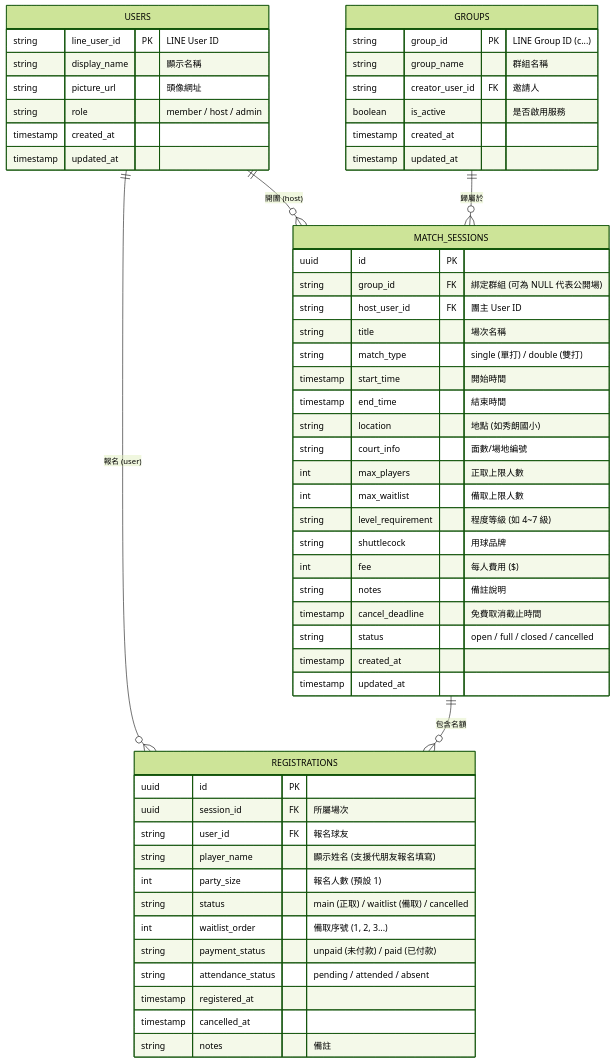
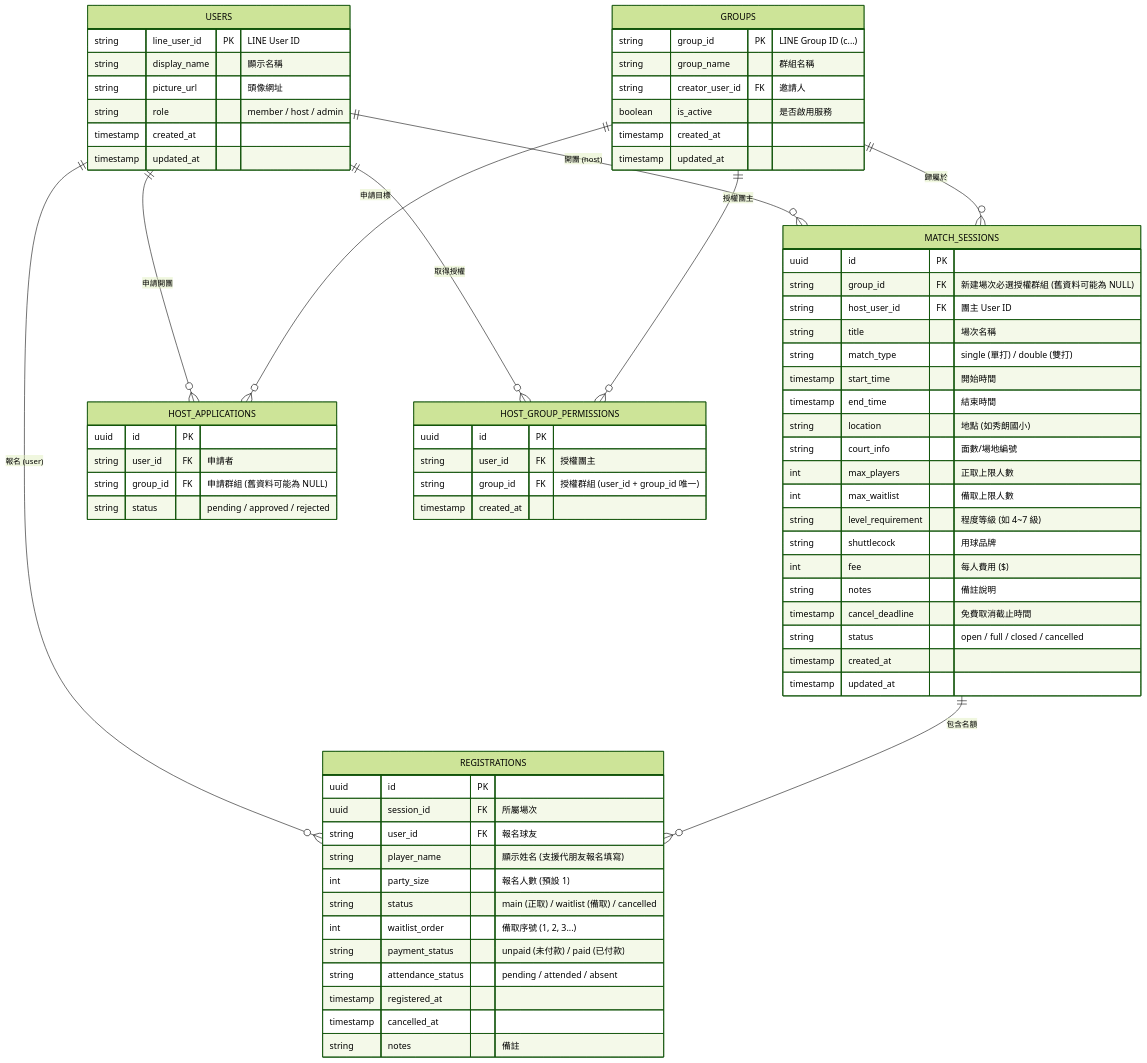
One commit to lulu-lovebird/badminton-line-bot changed the diagram in SYSTEM_DESIGN.md. Above: the diagram before and after it, drawn with Mermaid (forest theme). The commit also changed other lines of this file and 5 other files, not shown here.

Commit message:
docs: clarify group-scoped host applications and session ownership

````diff
--- a/SYSTEM_DESIGN.md
+++ b/SYSTEM_DESIGN.md
@@ -107,62 +101,80 @@
 ```mermaid
 erDiagram
     USERS ||--o{ MATCH_SESSIONS : "開團 (host)"
     GROUPS ||--o{ MATCH_SESSIONS : "歸屬於"
+    USERS ||--o{ HOST_APPLICATIONS : "申請開團"
+    GROUPS ||--o{ HOST_APPLICATIONS : "申請目標"
+    USERS ||--o{ HOST_GROUP_PERMISSIONS : "取得授權"
+    GROUPS ||--o{ HOST_GROUP_PERMISSIONS : "授權團主"
     USERS ||--o{ REGISTRATIONS : "報名 (user)"
     MATCH_SESSIONS ||--o{ REGISTRATIONS : "包含名額"
 
     USERS {
         string line_user_id PK "LINE User ID"
         string display_name "顯示名稱"
         string picture_url "頭像網址"
         string role "member / host / admin"
         timestamp created_at
         timestamp updated_at
     }
 
     GROUPS {
         string group_id PK "LINE Group ID (c...)"
         string group_name "群組名稱"
         string creator_user_id FK "邀請人"
         boolean is_active "是否啟用服務"
         timestamp created_at
         timestamp updated_at
     }
 
+    HOST_APPLICATIONS {
+        uuid id PK
+        string user_id FK "申請者"
+        string group_id FK "申請群組 (舊資料可能為 NULL)"
+        string status "pending / approved / rejected"
+    }
+
+    HOST_GROUP_PERMISSIONS {
+        uuid id PK
+        string user_id FK "授權團主"
+        string group_id FK "授權群組 (user_id + group_id 唯一)"
+        timestamp created_at
+    }
+
     MATCH_SESSIONS {
         uuid id PK
-        string group_id FK "綁定群組 (可為 NULL 代表公開場)"
+        string group_id FK "新建場次必選授權群組 (舊資料可能為 NULL)"
         string host_user_id FK "團主 User ID"
         string title "場次名稱"
         string match_type "single (單打) / double (雙打)"
         timestamp start_time "開始時間"
         timestamp end_time "結束時間"
         string location "地點 (如秀朗國小)"
         string court_info "面數/場地編號"
         int max_players "正取上限人數"
         int max_waitlist "備取上限人數"
         string level_requirement "程度等級 (如 4~7 級)"
         string shuttlecock "用球品牌"
         int fee "每人費用 ($)"
         string notes "備註說明"
         timestamp cancel_deadline "免費取消截止時間"
         string status "open / full / closed / cancelled"
         timestamp created_at
         timestamp updated_at
     }
 
     REGISTRATIONS {
         uuid id PK
         uuid session_id FK "所屬場次"
         string user_id FK "報名球友"
         string player_name "顯示姓名 (支援代朋友報名填寫)"
         int party_size "報名人數 (預設 1)"
         string status "main (正取) / waitlist (備取) / cancelled"
         int waitlist_order "備取序號 (1, 2, 3...)"
         string payment_status "unpaid (未付款) / paid (已付款)"
         string attendance_status "pending / attended / absent"
         timestamp registered_at
         timestamp cancelled_at
         string notes "備註"
     }
 ```
````
